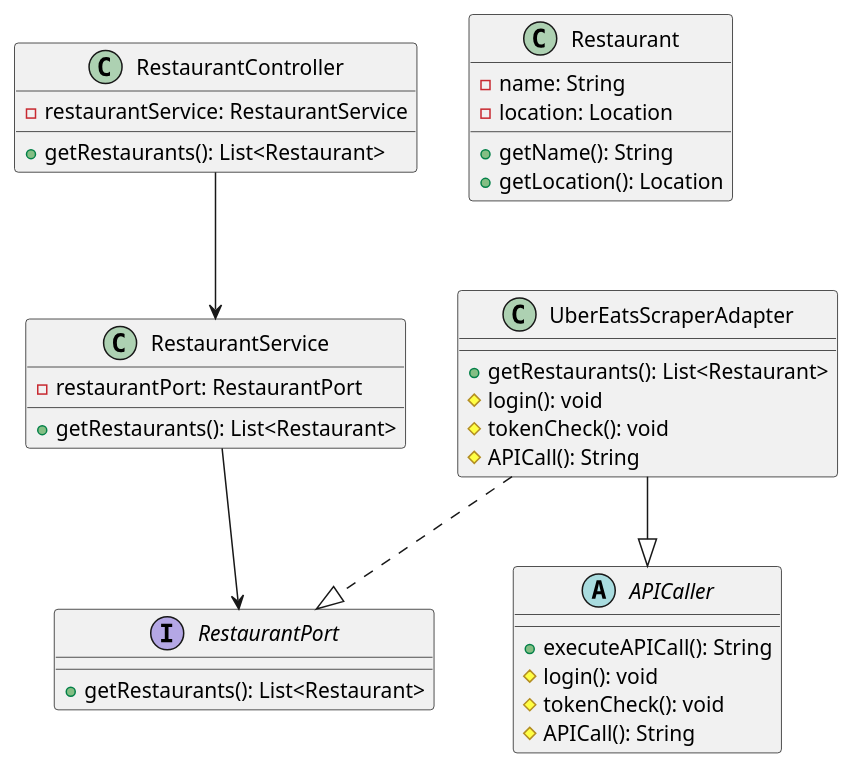
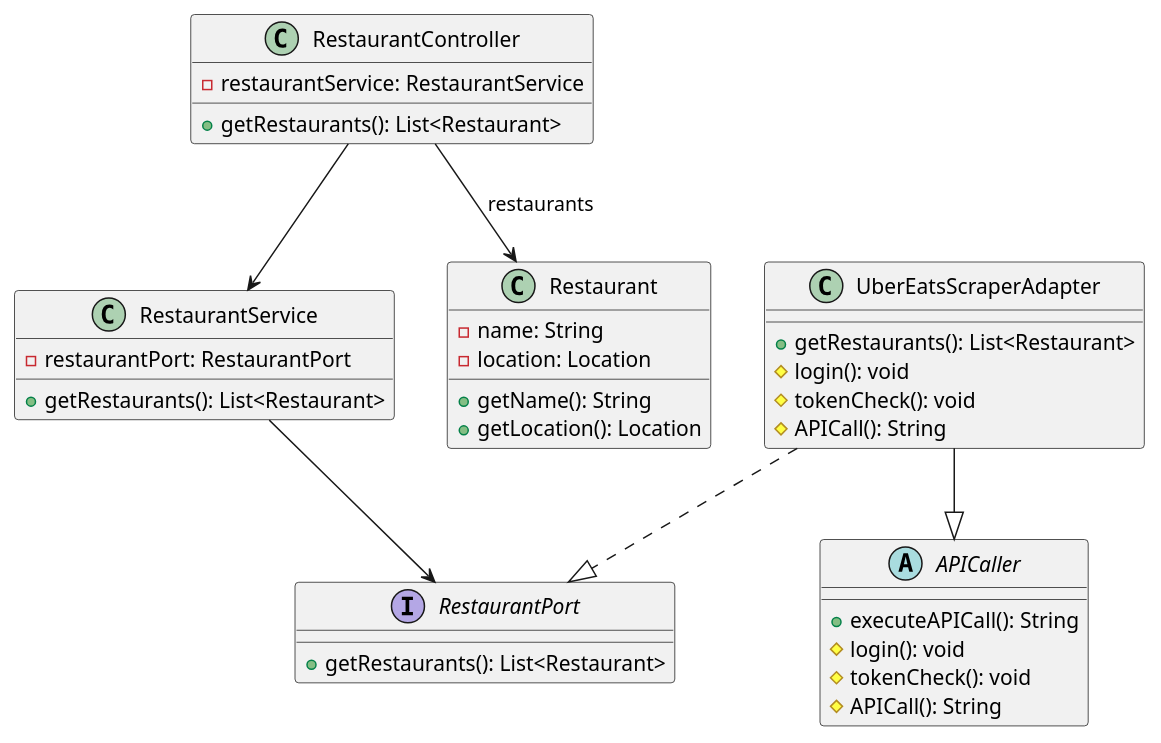
Before and after one commit to AIM-ENE-feb25/triptop-beca: the diagram in voorbereiding-les3-week2/classDiagramBE-eva.puml, drawn with PlantUML.

Commit message:
restaurants lijst associatie toegevoegd

```diff
--- a/voorbereiding-les3-week2/classDiagramBE-eva.puml
+++ b/voorbereiding-les3-week2/classDiagramBE-eva.puml
@@ -1,47 +1,48 @@
 @startuml
 'https://plantuml.com/class-diagram
 
 class RestaurantController {
 - restaurantService: RestaurantService
 
 + getRestaurants(): List<Restaurant>
 }
 
 class RestaurantService {
 - restaurantPort: RestaurantPort
 
 + getRestaurants(): List<Restaurant>
 }
 
 abstract class APICaller {
 + executeAPICall(): String
 # login(): void
 # tokenCheck(): void
 # APICall(): String
 }
 
 interface RestaurantPort {
 + getRestaurants(): List<Restaurant>
 }
 
 class UberEatsScraperAdapter {
 + getRestaurants(): List<Restaurant>
 # login(): void
 # tokenCheck(): void
 # APICall(): String
 }
 
 class Restaurant {
 - name: String
 - location: Location
 + getName(): String
 + getLocation(): Location
 }
 
 RestaurantController --> RestaurantService
 RestaurantService --> RestaurantPort
 UberEatsScraperAdapter ..|> RestaurantPort
 UberEatsScraperAdapter --|> APICaller
+RestaurantController --> Restaurant : "restaurants"
 
 
 @enduml
```
